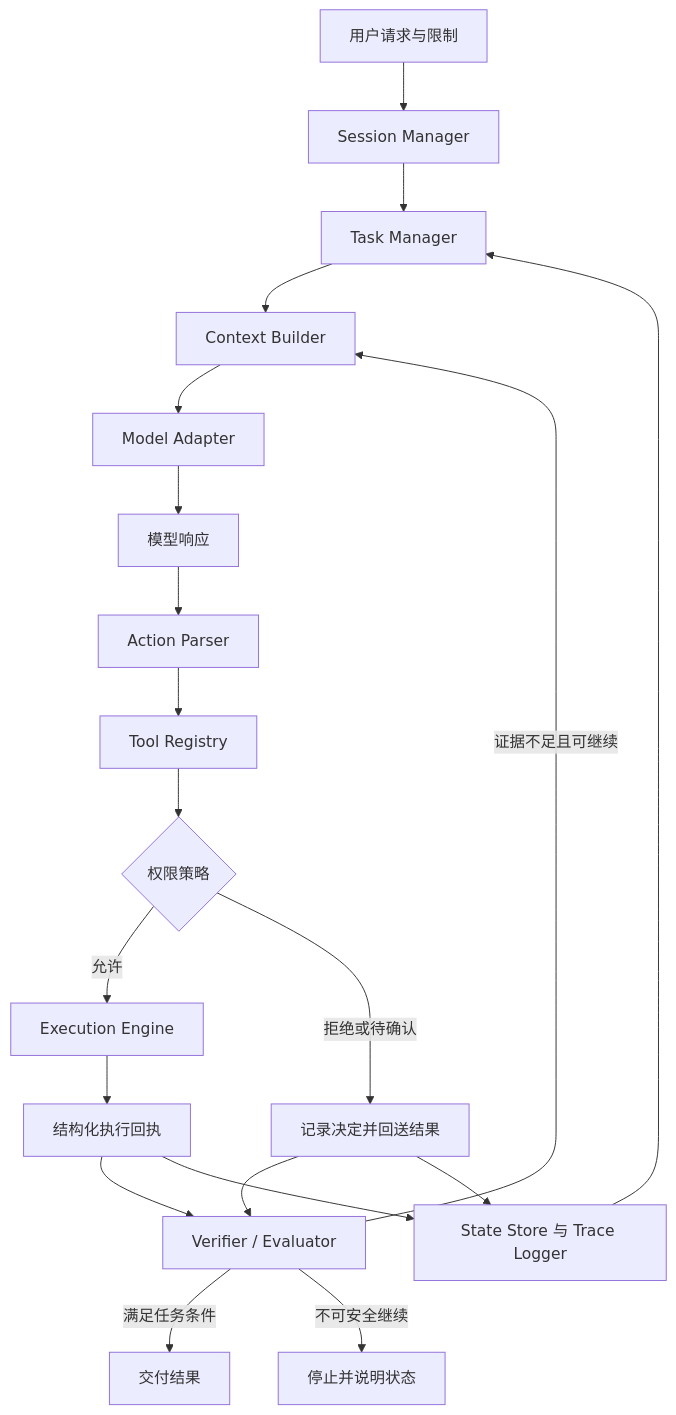
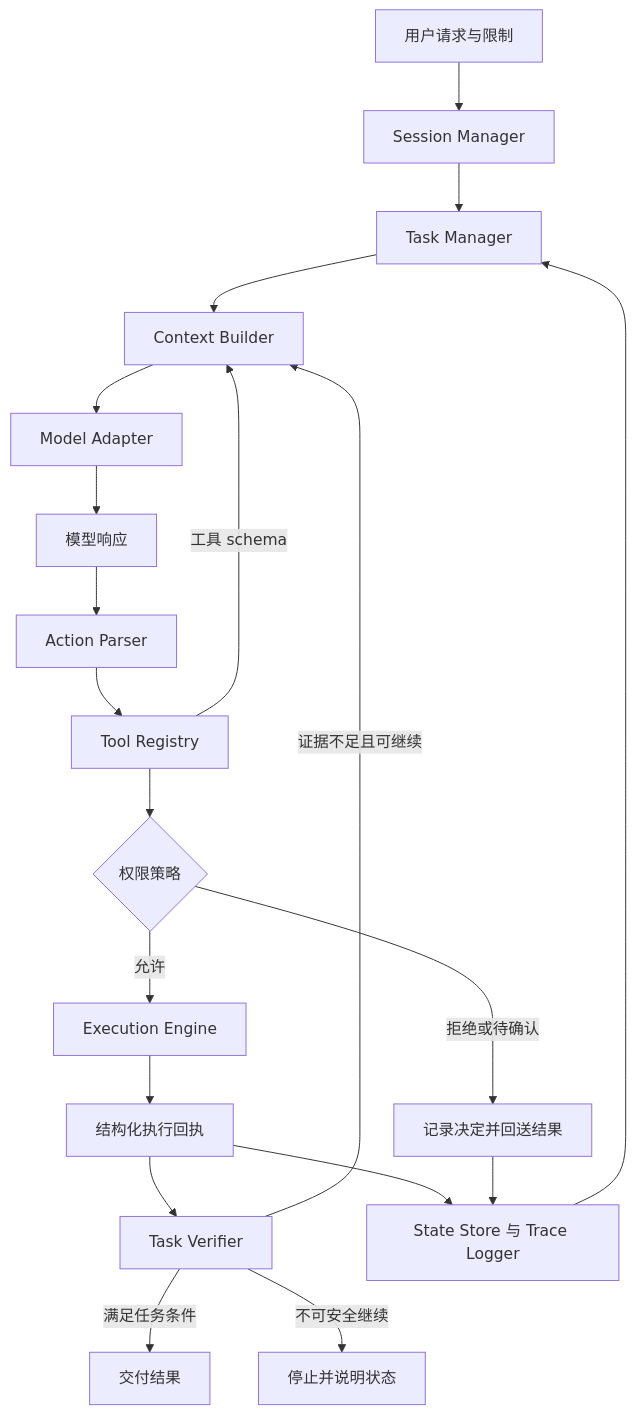
Before and after one commit to ChanChiChoi/llm-from-zero-to-interview: the diagram in book-20-agent-harness-runtime/chapters/02-agent-runtime架构.md, drawn with Mermaid. The commit also changed other lines of this file and 13 other files, not shown here.

````diff
--- a/book-20-agent-harness-runtime/chapters/02-agent-runtime架构.md
+++ b/book-20-agent-harness-runtime/chapters/02-agent-runtime架构.md
@@ -50,22 +51,22 @@
 ```mermaid
 flowchart TD
     U["用户请求与限制"] --> S["Session Manager"]
     S --> T["Task Manager"]
     T --> C["Context Builder"]
+    R["Tool Registry"] -->|工具 schema| C
     C --> M["Model Adapter"]
     M --> L["模型响应"]
     L --> P["Action Parser"]
-    P --> R["Tool Registry"]
+    P --> R
     R --> Q{"权限策略"}
     Q -->|允许| E["Execution Engine"]
     Q -->|拒绝或待确认| H["记录决定并回送结果"]
     E --> O["结构化执行回执"]
-    O --> V["Verifier / Evaluator"]
-    H --> V
+    O --> V["Task Verifier"]
     O --> D["State Store 与 Trace Logger"]
     H --> D
     D --> T
     V -->|证据不足且可继续| C
     V -->|满足任务条件| F["交付结果"]
     V -->|不可安全继续| X["停止并说明状态"]
 ```
````
